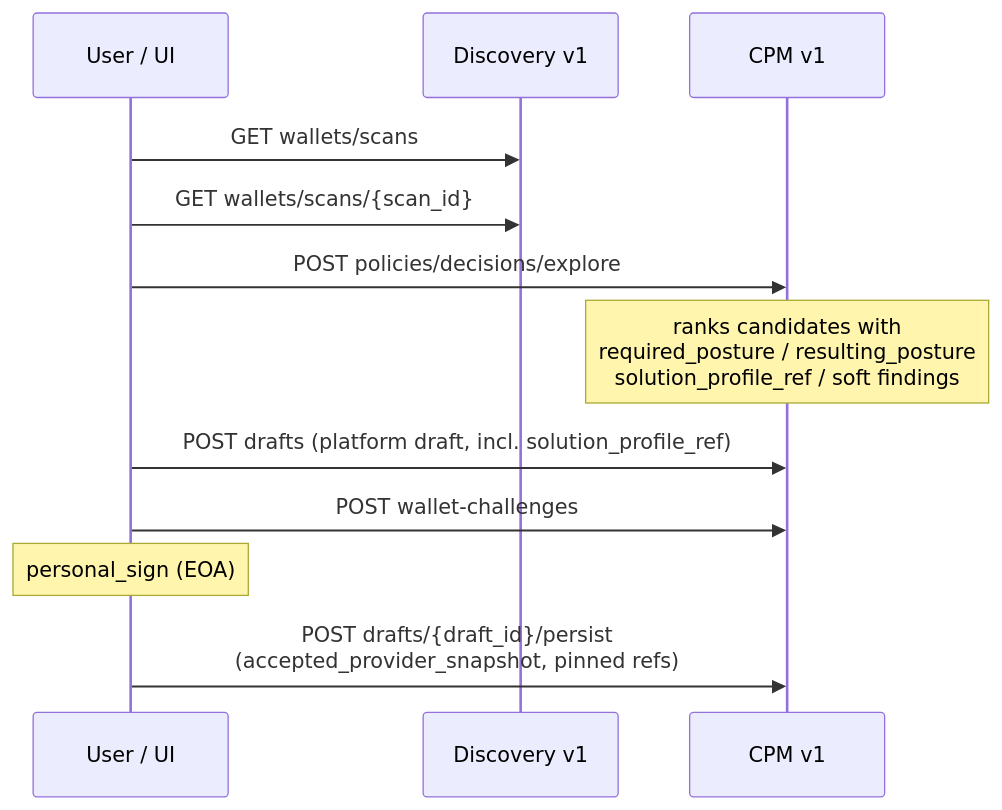
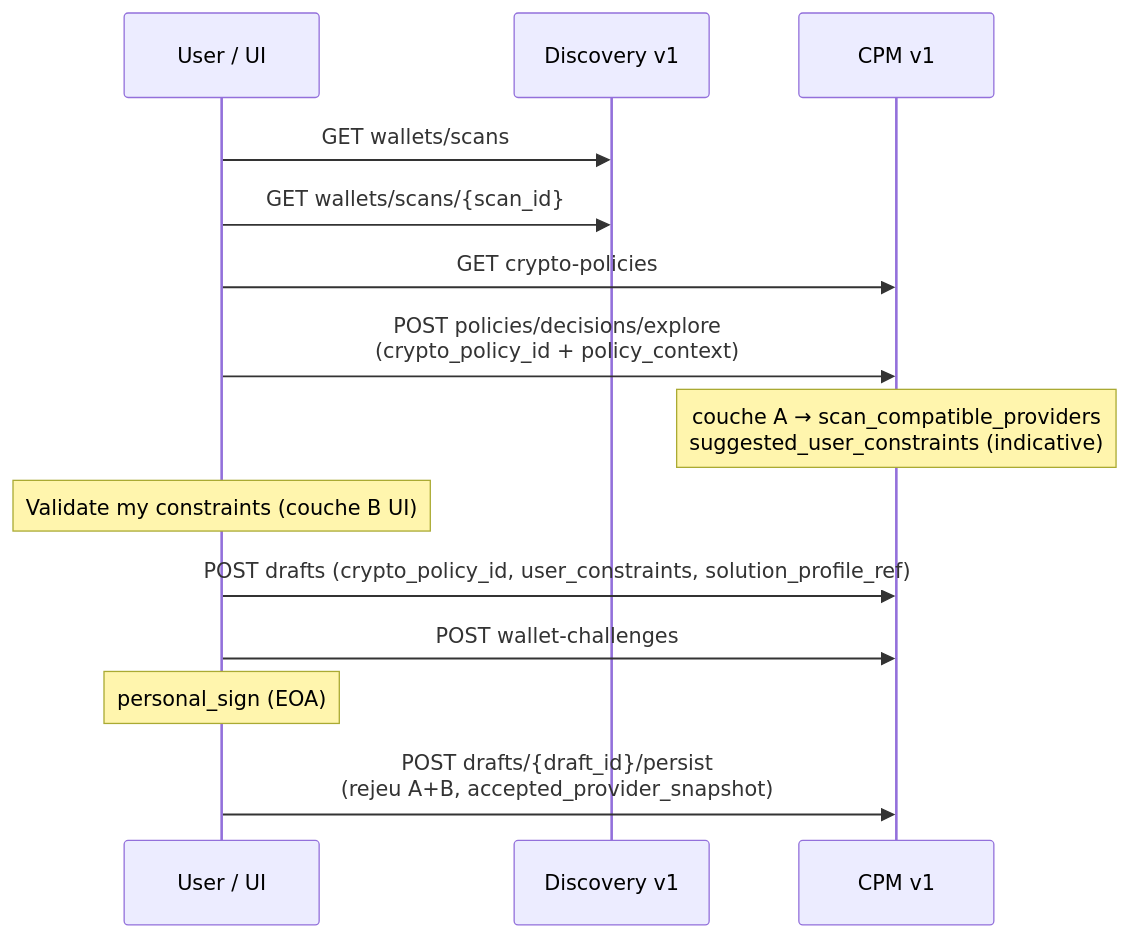
Before and after one commit to create2-labs/cafe-documentation: the diagram in docs/architecture/cpm-v1-flow.md, drawn with Mermaid. The commit also changed other lines of this file and 10 other files, not shown here.

````diff
--- a/docs/architecture/cpm-v1-flow.md
+++ b/docs/architecture/cpm-v1-flow.md
@@ -21,14 +22,16 @@
 ```mermaid
 sequenceDiagram
   participant U as User / UI
   participant D as Discovery v1
   participant C as CPM v1
   U->>D: GET wallets/scans
   U->>D: GET wallets/scans/{scan_id}
-  U->>C: POST policies/decisions/explore
-  Note over C: ranks candidates with<br/>required_posture / resulting_posture<br/>solution_profile_ref / soft findings
-  U->>C: POST drafts (platform draft, incl. solution_profile_ref)
+  U->>C: GET crypto-policies
+  U->>C: POST policies/decisions/explore<br/>(crypto_policy_id + policy_context)
+  Note over C: couche A → scan_compatible_providers<br/>suggested_user_constraints (indicative)
+  Note over U: Validate my constraints (couche B UI)
+  U->>C: POST drafts (crypto_policy_id, user_constraints, solution_profile_ref)
   U->>C: POST wallet-challenges
   Note over U: personal_sign (EOA)
-  U->>C: POST drafts/{draft_id}/persist<br/>(accepted_provider_snapshot, pinned refs)
+  U->>C: POST drafts/{draft_id}/persist<br/>(rejeu A+B, accepted_provider_snapshot)
 ```
````
